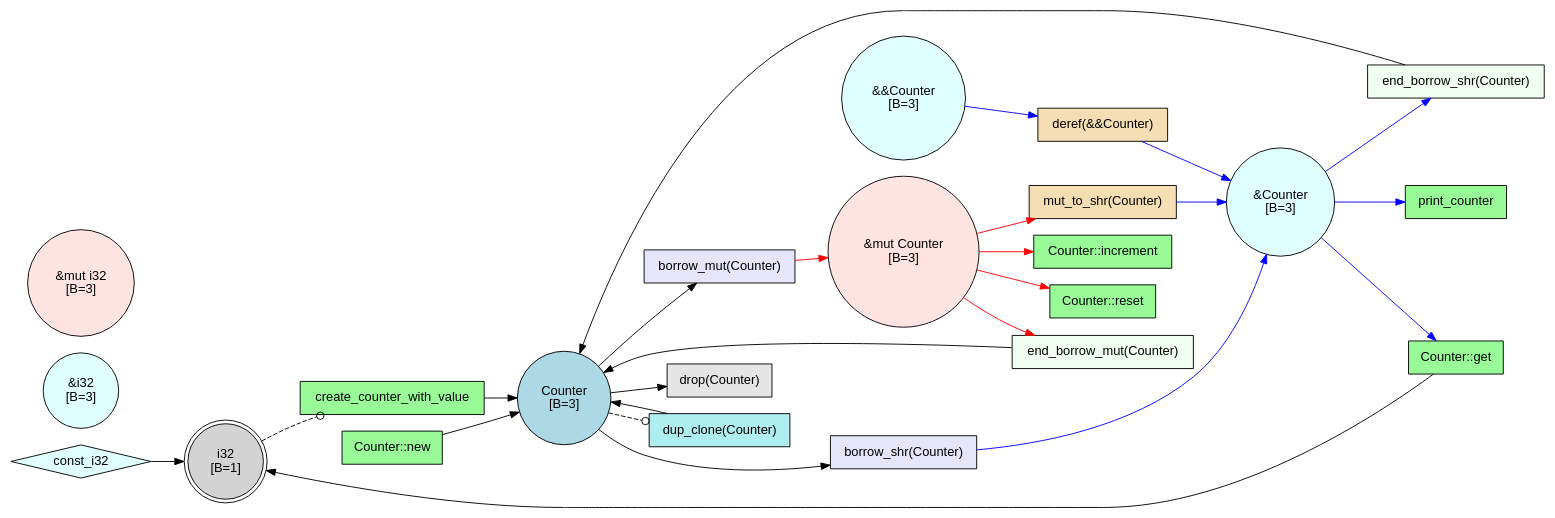
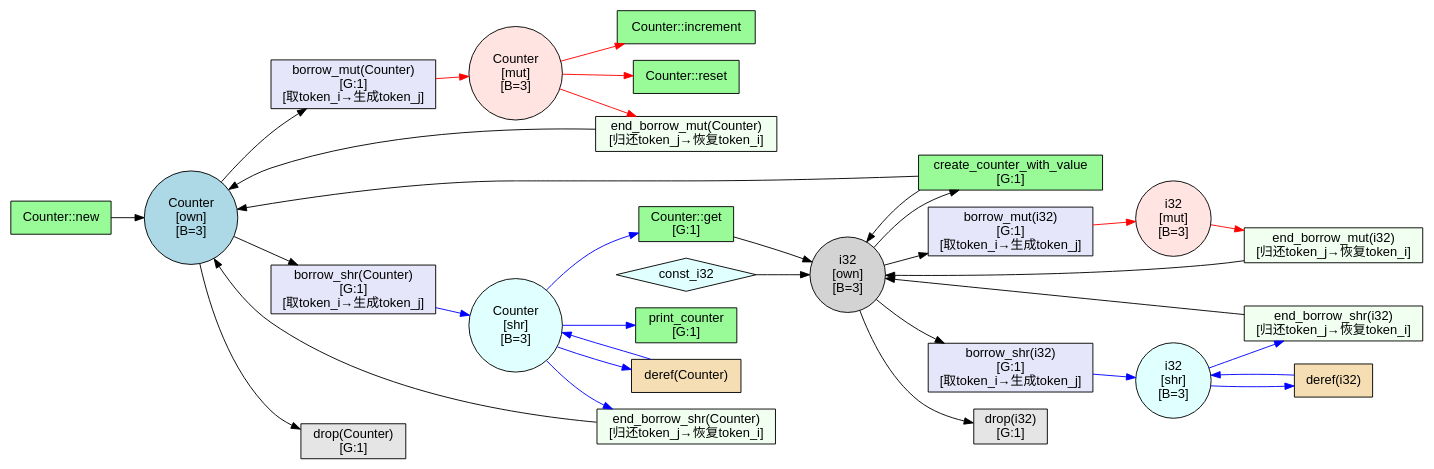
Before and after one commit to kevindadi/RustSynth: the diagram in test_output/simple_counter/pcpn.dot, drawn with Graphviz. The commit also changed 23 other files, not shown here.

```diff
--- a/test_output/simple_counter/pcpn.dot
+++ b/test_output/simple_counter/pcpn.dot
@@ -1,59 +1,70 @@
 digraph PCPN {
   rankdir=LR;
   fontname="Helvetica";
   node [fontname="Helvetica"];
   edge [fontname="Helvetica"];
   // PCPN: One place per type (simplified)
 
   // ========== Places ==========
-  p0 [label="i32\n[B=1]", shape=circle, style=filled, fillcolor=lightgray, peripheries=2];
-  p1 [label="&i32\n[B=3]", shape=circle, style=filled, fillcolor=lightcyan, peripheries=1];
-  p2 [label="&mut i32\n[B=3]", shape=circle, style=filled, fillcolor=mistyrose, peripheries=1];
-  p3 [label="Counter\n[B=3]", shape=circle, style=filled, fillcolor=lightblue, peripheries=1];
-  p4 [label="&Counter\n[B=3]", shape=circle, style=filled, fillcolor=lightcyan, peripheries=1];
-  p5 [label="&mut Counter\n[B=3]", shape=circle, style=filled, fillcolor=mistyrose, peripheries=1];
-  p6 [label="&&Counter\n[B=3]", shape=circle, style=filled, fillcolor=lightcyan, peripheries=1];
+  p0 [label="Counter\n[own]\n[B=3]", shape=circle, style=filled, fillcolor=lightblue, peripheries=1];
+  p1 [label="Counter\n[shr]\n[B=3]", shape=circle, style=filled, fillcolor=lightcyan, peripheries=1];
+  p2 [label="Counter\n[mut]\n[B=3]", shape=circle, style=filled, fillcolor=mistyrose, peripheries=1];
+  p3 [label="i32\n[own]\n[B=3]", shape=circle, style=filled, fillcolor=lightgray, peripheries=1];
+  p4 [label="i32\n[shr]\n[B=3]", shape=circle, style=filled, fillcolor=lightcyan, peripheries=1];
+  p5 [label="i32\n[mut]\n[B=3]", shape=circle, style=filled, fillcolor=mistyrose, peripheries=1];
 
   // ========== Transitions ==========
-  t0 [label="create_counter_with_value", shape=box, style=filled, fillcolor=palegreen];
-  t1 [label="print_counter", shape=box, style=filled, fillcolor=palegreen];
-  t2 [label="Counter::new", shape=box, style=filled, fillcolor=palegreen];
-  t3 [label="Counter::increment", shape=box, style=filled, fillcolor=palegreen];
-  t4 [label="Counter::get", shape=box, style=filled, fillcolor=palegreen];
-  t5 [label="Counter::reset", shape=box, style=filled, fillcolor=palegreen];
-  t6 [label="borrow_mut(Counter)", shape=box, style=filled, fillcolor=lavender];
-  t7 [label="end_borrow_mut(Counter)", shape=box, style=filled, fillcolor=honeydew];
-  t8 [label="borrow_shr(Counter)", shape=box, style=filled, fillcolor=lavender];
-  t9 [label="end_borrow_shr(Counter)", shape=box, style=filled, fillcolor=honeydew];
-  t10 [label="mut_to_shr(Counter)", shape=box, style=filled, fillcolor=wheat];
-  t11 [label="drop(Counter)", shape=box, style=filled, fillcolor=gray90];
-  t12 [label="dup_clone(Counter)", shape=box, style=filled, fillcolor=paleturquoise];
-  t13 [label="deref(&&Counter)", shape=box, style=filled, fillcolor=wheat];
-  t14 [label="const_i32", shape=diamond, style=filled, fillcolor=lightcyan];
+  t0 [label="Counter::new", shape=box, style=filled, fillcolor=palegreen];
+  t1 [label="Counter::increment", shape=box, style=filled, fillcolor=palegreen];
+  t2 [label="Counter::get\n[G:1]", shape=box, style=filled, fillcolor=palegreen];
+  t3 [label="Counter::reset", shape=box, style=filled, fillcolor=palegreen];
+  t4 [label="print_counter\n[G:1]", shape=box, style=filled, fillcolor=palegreen];
+  t5 [label="create_counter_with_value\n[G:1]", shape=box, style=filled, fillcolor=palegreen];
+  t6 [label="borrow_mut(Counter)\n[G:1]\n[取token_i→生成token_j]", shape=box, style=filled, fillcolor=lavender];
+  t7 [label="end_borrow_mut(Counter)\n[归还token_j→恢复token_i]", shape=box, style=filled, fillcolor=honeydew];
+  t8 [label="borrow_shr(Counter)\n[G:1]\n[取token_i→生成token_j]", shape=box, style=filled, fillcolor=lavender];
+  t9 [label="end_borrow_shr(Counter)\n[归还token_j→恢复token_i]", shape=box, style=filled, fillcolor=honeydew];
+  t10 [label="deref(Counter)", shape=box, style=filled, fillcolor=wheat];
+  t11 [label="drop(Counter)\n[G:1]", shape=box, style=filled, fillcolor=gray90];
+  t12 [label="borrow_mut(i32)\n[G:1]\n[取token_i→生成token_j]", shape=box, style=filled, fillcolor=lavender];
+  t13 [label="end_borrow_mut(i32)\n[归还token_j→恢复token_i]", shape=box, style=filled, fillcolor=honeydew];
+  t14 [label="borrow_shr(i32)\n[G:1]\n[取token_i→生成token_j]", shape=box, style=filled, fillcolor=lavender];
+  t15 [label="end_borrow_shr(i32)\n[归还token_j→恢复token_i]", shape=box, style=filled, fillcolor=honeydew];
+  t16 [label="deref(i32)", shape=box, style=filled, fillcolor=wheat];
+  t17 [label="drop(i32)\n[G:1]", shape=box, style=filled, fillcolor=gray90];
+  t18 [label="const_i32", shape=diamond, style=filled, fillcolor=lightcyan];
 
   // ========== Arcs ==========
-  p0 -> t0 [style=dashed, arrowhead=odot, color="black"];
-  t0 -> p3 [style=solid, color="black"];
-  p4 -> t1 [style=solid, arrowhead=normal, color="blue"];
+  t0 -> p0 [style=solid, color="black"];
+  p2 -> t1 [style=solid, arrowhead=normal, color="red"];
+  p1 -> t2 [style=solid, arrowhead=normal, color="blue"];
   t2 -> p3 [style=solid, color="black"];
-  p5 -> t3 [style=solid, arrowhead=normal, color="red"];
-  p4 -> t4 [style=solid, arrowhead=normal, color="blue"];
-  t4 -> p0 [style=solid, color="black"];
-  p5 -> t5 [style=solid, arrowhead=normal, color="red"];
-  p3 -> t6 [style=solid, arrowhead=normal, color="black"];
-  t6 -> p5 [style=solid, color="red"];
-  p5 -> t7 [style=solid, arrowhead=normal, color="red"];
-  t7 -> p3 [style=solid, color="black"];
-  p3 -> t8 [style=solid, arrowhead=normal, color="black"];
-  t8 -> p4 [style=solid, color="blue"];
-  p4 -> t9 [style=solid, arrowhead=normal, color="blue"];
-  t9 -> p3 [style=solid, color="black"];
-  p5 -> t10 [style=solid, arrowhead=normal, color="red"];
-  t10 -> p4 [style=solid, color="blue"];
-  p3 -> t11 [style=solid, arrowhead=normal, color="black"];
-  p3 -> t12 [style=dashed, arrowhead=odot, color="black"];
-  t12 -> p3 [style=solid, color="black"];
-  p6 -> t13 [style=solid, arrowhead=normal, color="blue"];
-  t13 -> p4 [style=solid, color="blue"];
-  t14 -> p0 [style=solid, color="black"];
+  p2 -> t3 [style=solid, arrowhead=normal, color="red"];
+  p1 -> t4 [style=solid, arrowhead=normal, color="blue"];
+  p3 -> t5 [style=solid, arrowhead=normal, color="black"];
+  t5 -> p3 [style=solid, color="black"];
+  t5 -> p0 [style=solid, color="black"];
+  p0 -> t6 [style=solid, arrowhead=normal, color="black"];
+  t6 -> p2 [style=solid, color="red"];
+  p2 -> t7 [style=solid, arrowhead=normal, color="red"];
+  t7 -> p0 [style=solid, color="black"];
+  p0 -> t8 [style=solid, arrowhead=normal, color="black"];
+  t8 -> p1 [style=solid, color="blue"];
+  p1 -> t9 [style=solid, arrowhead=normal, color="blue"];
+  t9 -> p0 [style=solid, color="black"];
+  p1 -> t10 [style=solid, arrowhead=normal, color="blue"];
+  t10 -> p1 [style=solid, color="blue"];
+  p0 -> t11 [style=solid, arrowhead=normal, color="black"];
+  p3 -> t12 [style=solid, arrowhead=normal, color="black"];
+  t12 -> p5 [style=solid, color="red"];
+  p5 -> t13 [style=solid, arrowhead=normal, color="red"];
+  t13 -> p3 [style=solid, color="black"];
+  p3 -> t14 [style=solid, arrowhead=normal, color="black"];
+  t14 -> p4 [style=solid, color="blue"];
+  p4 -> t15 [style=solid, arrowhead=normal, color="blue"];
+  t15 -> p3 [style=solid, color="black"];
+  p4 -> t16 [style=solid, arrowhead=normal, color="blue"];
+  t16 -> p4 [style=solid, color="blue"];
+  p3 -> t17 [style=solid, arrowhead=normal, color="black"];
+  t18 -> p3 [style=solid, color="black"];
 }
```
